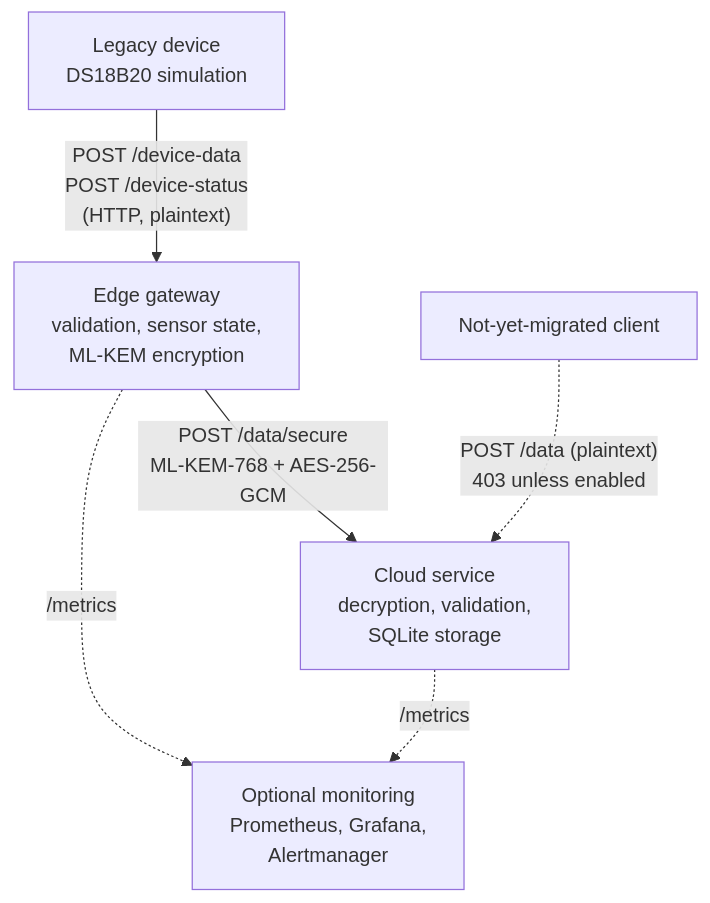
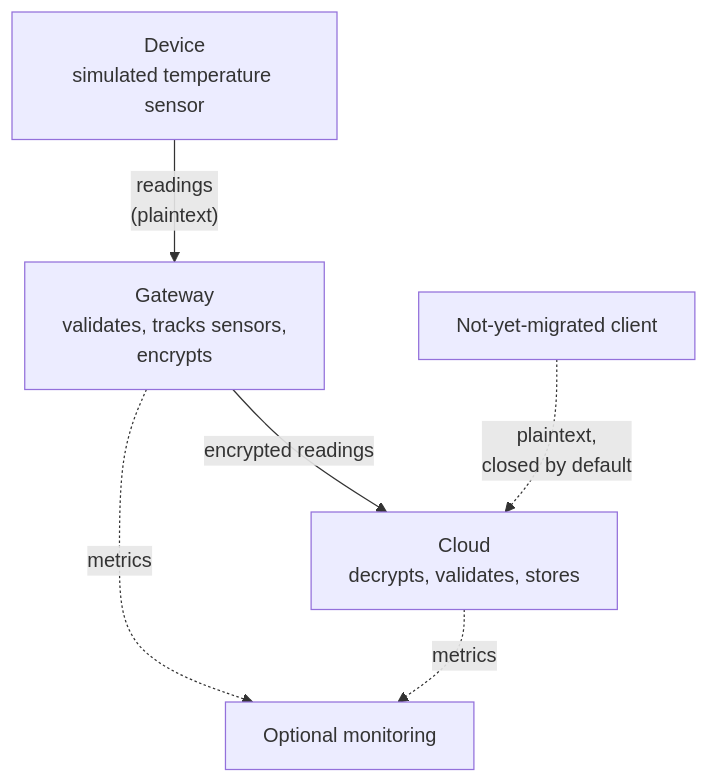
Before and after one commit to stanleyrihak/software-maintenance-project--documentation: the diagram in figures/architecture.mmd, drawn with Mermaid. The commit also changed 6 other files, not shown here.

```diff
--- a/figures/architecture.mmd
+++ b/figures/architecture.mmd
@@ -1,6 +1,6 @@
 flowchart TB
-    D["Legacy device<br/>DS18B20 simulation"] -- "POST /device-data<br/>POST /device-status<br/>(HTTP, plaintext)" --> G["Edge gateway<br/>validation, sensor state,<br/>ML-KEM encryption"]
-    G -- "POST /data/secure<br/>ML-KEM-768 + AES-256-GCM" --> C["Cloud service<br/>decryption, validation,<br/>SQLite storage"]
-    L["Not-yet-migrated client"] -. "POST /data (plaintext)<br/>403 unless enabled" .-> C
-    G -. "/metrics" .-> P["Optional monitoring<br/>Prometheus, Grafana,<br/>Alertmanager"]
-    C -. "/metrics" .-> P
+    D["Device<br/>simulated temperature sensor"] -- "readings<br/>(plaintext)" --> G["Gateway<br/>validates, tracks sensors,<br/>encrypts"]
+    G -- "encrypted readings" --> C["Cloud<br/>decrypts, validates, stores"]
+    L["Not-yet-migrated client"] -. "plaintext,<br/>closed by default" .-> C
+    G -. "metrics" .-> P["Optional monitoring"]
+    C -. "metrics" .-> P
```
